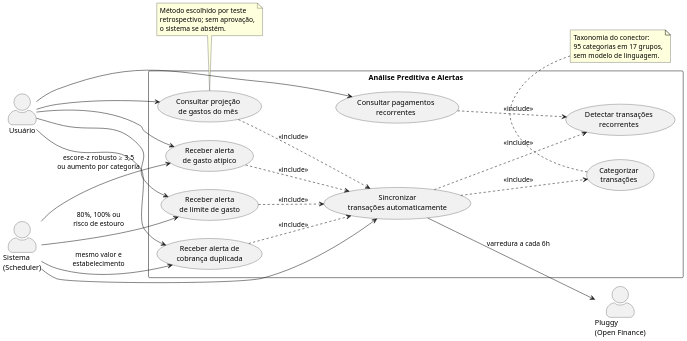
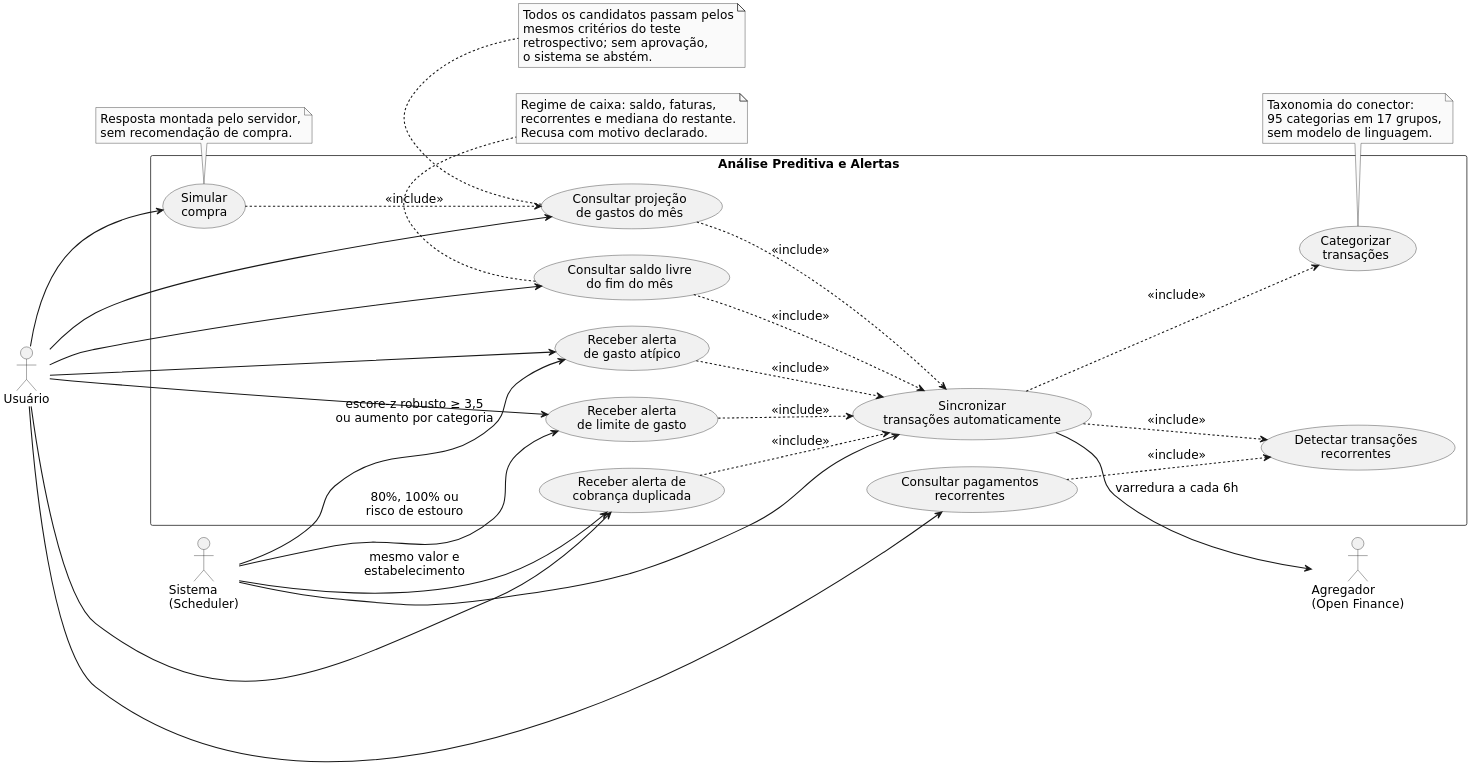
The diagram in puml/uc02_analise_preditiva.puml (eigam-corp/thesis), drawn with PlantUML before and after one commit. The commit also changed 198 other files, not shown here.

```diff
--- a/puml/uc02_analise_preditiva.puml
+++ b/puml/uc02_analise_preditiva.puml
@@ -1,56 +1,76 @@
 @startuml UC02 - Analise Preditiva e Alertas
 left to right direction
 skinparam packageStyle rectangle
-skinparam actorStyle awesome
-skinparam defaultFontName Arial
+skinparam monochrome true
+skinparam defaultFontName "DejaVu Sans"
 skinparam shadowing false
-skinparam dpi 150
+skinparam dpi 220
+skinparam defaultFontSize 16
+skinparam ArrowThickness 1.4
 
 actor "Usuário" as U
 actor "Sistema\n(Scheduler)" as SYS
-actor "Pluggy\n(Open Finance)" as PL
+actor "Agregador\n(Open Finance)" as PL
 
 rectangle "Análise Preditiva e Alertas" {
     usecase "Receber alerta\nde gasto atípico" as UC10
     usecase "Receber alerta\nde limite de gasto" as UC11
     usecase "Consultar pagamentos\nrecorrentes" as UC12
     usecase "Consultar projeção\nde gastos do mês" as UC13
     usecase "Detectar transações\nrecorrentes" as UC14
     usecase "Categorizar\ntransações" as UC15
     usecase "Sincronizar\ntransações automaticamente" as UC16
     usecase "Receber alerta de\ncobrança duplicada" as UC17
+    usecase "Consultar saldo livre\ndo fim do mês" as UC29
+    usecase "Simular\ncompra" as UC30
 }
 
 U --> UC10
 U --> UC11
 U --> UC12
 U --> UC13
 U --> UC17
+U --> UC29
+U --> UC30
 
 SYS --> UC16
 SYS --> UC10 : escore-z robusto ≥ 3,5\nou aumento por categoria
 SYS --> UC11 : 80%, 100% ou\nrisco de estouro
 SYS --> UC17 : mesmo valor e\nestabelecimento
 
 UC16 --> PL : varredura a cada 6h
 UC16 ..> UC15 : <<include>>
 UC16 ..> UC14 : <<include>>
 UC12 ..> UC14 : <<include>>
 UC13 ..> UC16 : <<include>>
 
 UC10 ..> UC16 : <<include>>
 UC11 ..> UC16 : <<include>>
 UC17 ..> UC16 : <<include>>
+UC29 ..> UC16 : <<include>>
+UC30 ..> UC13 : <<include>>
 
 note bottom of UC15
   Taxonomia do conector:
   95 categorias em 17 grupos,
   sem modelo de linguagem.
 end note
 
 note bottom of UC13
-  Método escolhido por teste
+  Todos os candidatos passam pelos
+  mesmos critérios do teste
   retrospectivo; sem aprovação,
   o sistema se abstém.
 end note
+
+note bottom of UC29
+  Regime de caixa: saldo, faturas,
+  recorrentes e mediana do restante.
+  Recusa com motivo declarado.
+end note
+
+note bottom of UC30
+  Resposta montada pelo servidor,
+  sem recomendação de compra.
+end note
 @enduml
```
